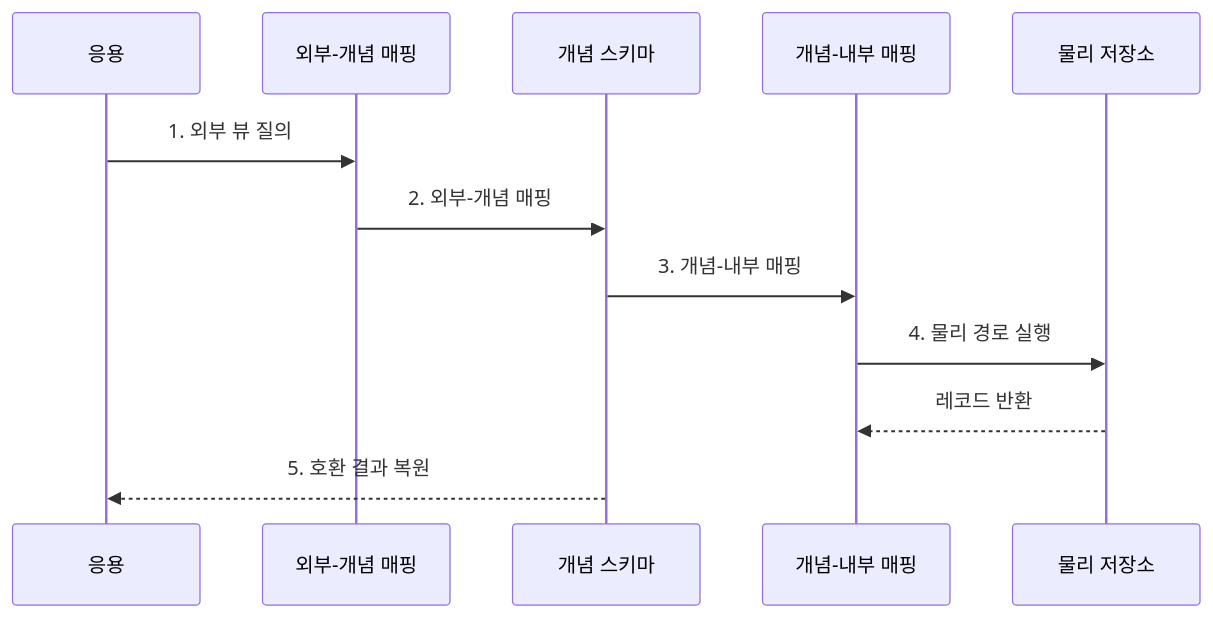
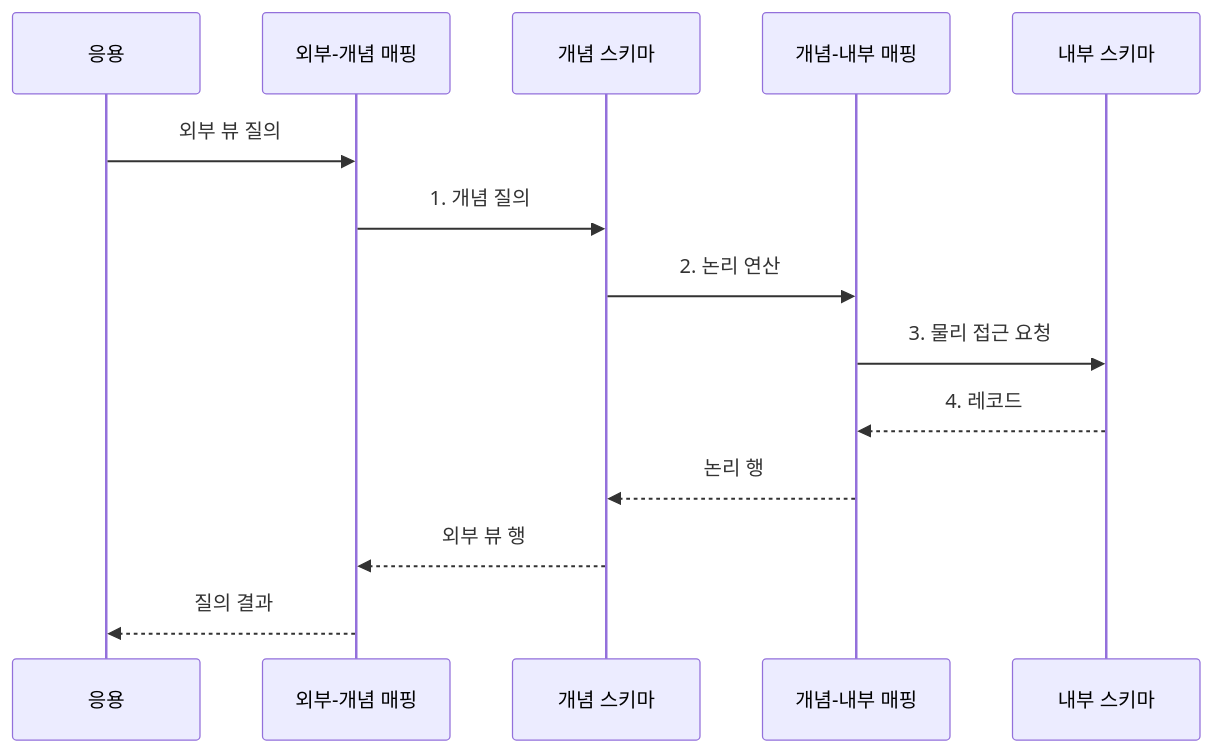
One commit to agnusdei1207/knowledge-base changed the second of 2 diagrams in src/content/docs/notes/03-software/111_data_independence.md. Above: the diagram before and after it, drawn with Mermaid. The commit also changed other lines of this file and 20 other files, not shown here.

````diff
--- a/src/content/docs/notes/03-software/111_data_independence.md
+++ b/src/content/docs/notes/03-software/111_data_independence.md
@@ -77,14 +84,16 @@
 ```mermaid
 sequenceDiagram
     participant A as 응용
     participant E as 외부-개념 매핑
     participant C as 개념 스키마
     participant I as 개념-내부 매핑
-    participant S as 물리 저장소
-    A->>E: 1. 외부 뷰 질의
-    E->>C: 2. 외부-개념 매핑
-    C->>I: 3. 개념-내부 매핑
-    I->>S: 4. 물리 경로 실행
-    S-->>I: 레코드 반환
-    C-->>A: 5. 호환 결과 복원
+    participant S as 내부 스키마
+    A->>E: 외부 뷰 질의
+    E->>C: 1. 개념 질의
+    C->>I: 2. 논리 연산
+    I->>S: 3. 물리 접근 요청
+    S-->>I: 4. 레코드
+    I-->>C: 논리 행
+    C-->>E: 외부 뷰 행
+    E-->>A: 질의 결과
 ```
````
